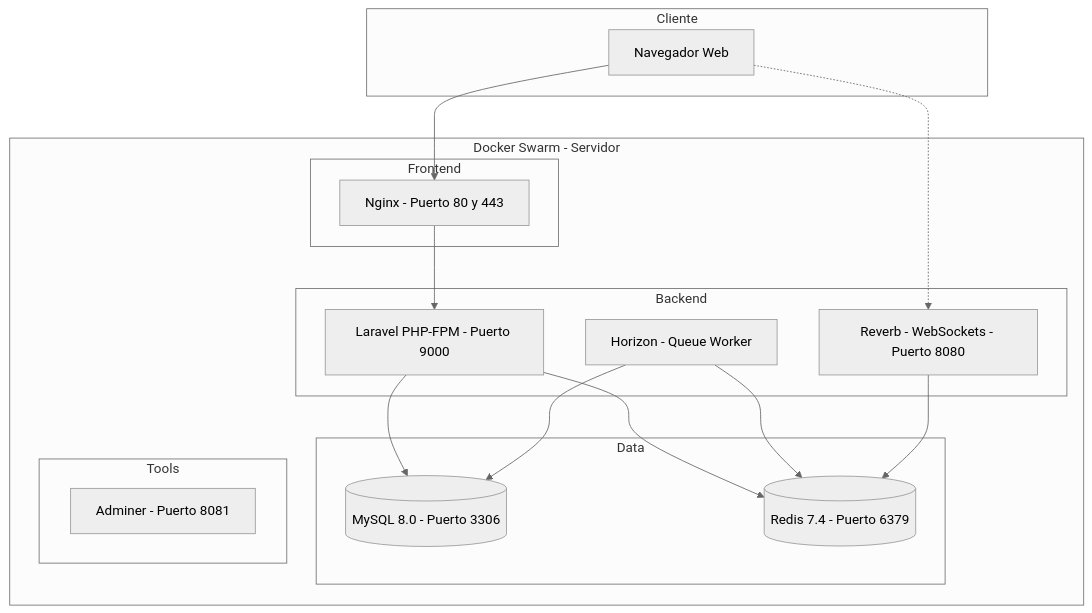
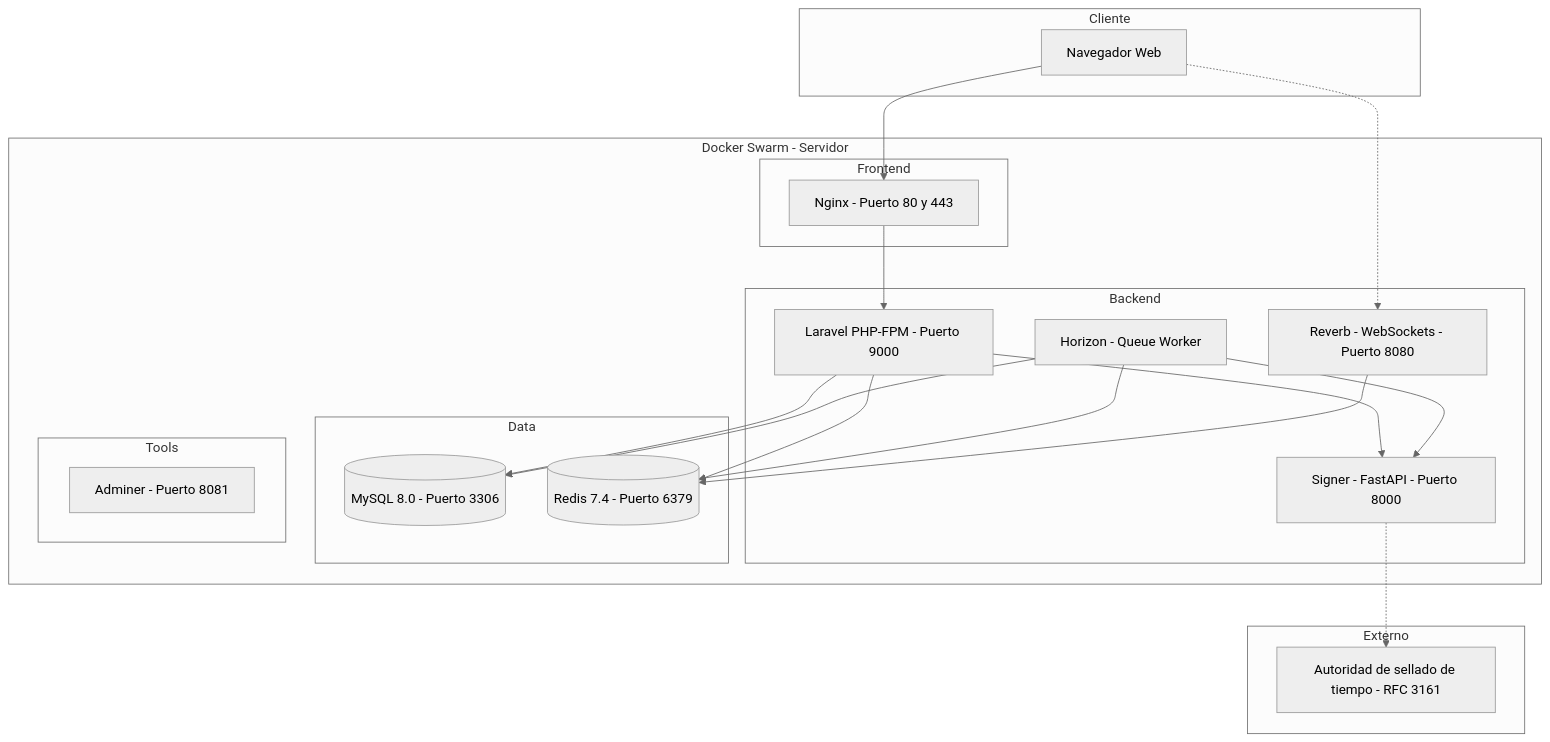
One commit to jorgevasquezutec/miboleta changed the first of 3 diagrams in docs/TECHNICAL-DOCUMENTATION.md. Above: the diagram before and after it, drawn with Mermaid (neutral theme). The commit also changed other lines of this file and 31 other files, not shown here.

````diff
--- a/docs/TECHNICAL-DOCUMENTATION.md
+++ b/docs/TECHNICAL-DOCUMENTATION.md
@@ -17,36 +17,44 @@
 ```mermaid
 flowchart TB
     subgraph Cliente
         Browser[Navegador Web]
     end
   
     subgraph Docker_Swarm[Docker Swarm - Servidor]
         subgraph Frontend
             Nginx[Nginx - Puerto 80 y 443]
         end
       
         subgraph Backend
             App[Laravel PHP-FPM - Puerto 9000]
             Horizon[Horizon - Queue Worker]
             Reverb[Reverb - WebSockets - Puerto 8080]
+            Signer[Signer - FastAPI - Puerto 8000]
         end
       
         subgraph Data
             MySQL[(MySQL 8.0 - Puerto 3306)]
             Redis[(Redis 7.4 - Puerto 6379)]
         end
       
         subgraph Tools
             Adminer[Adminer - Puerto 8081]
         end
     end
+
+    subgraph Externo
+        TSA[Autoridad de sellado de tiempo - RFC 3161]
+    end
   
     Browser --> Nginx
     Nginx --> App
     App --> MySQL
     App --> Redis
+    App --> Signer
+    Signer -.-> TSA
     Horizon --> Redis
     Horizon --> MySQL
+    Horizon --> Signer
     Reverb --> Redis
     Browser -.-> Reverb
 ```
````
